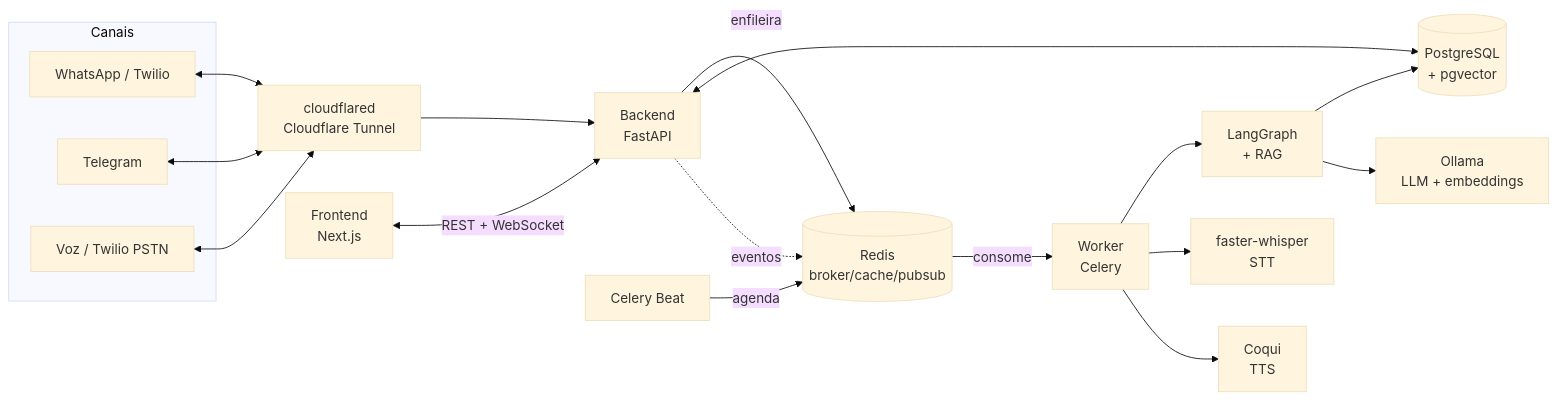
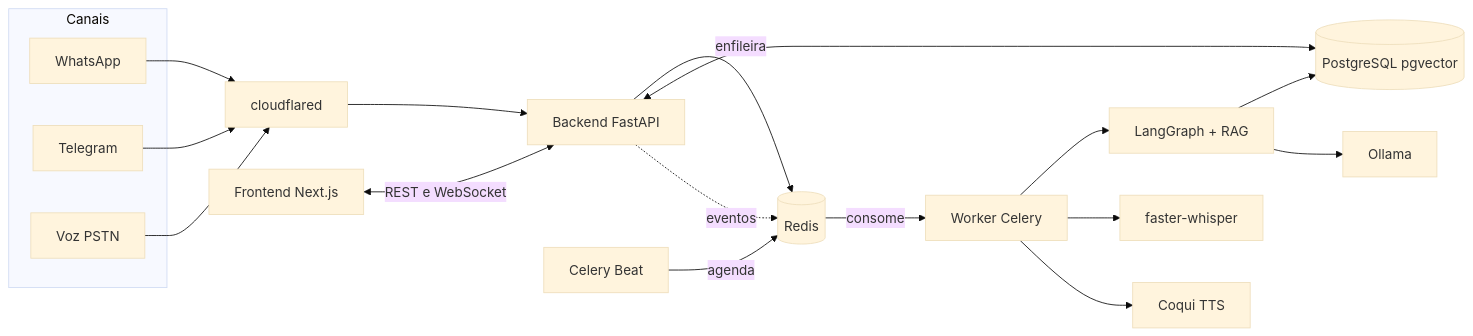
Before and after one commit to ersjunior/autonomous-agent: the first of 5 diagrams in docs/documentacao.md, drawn with Mermaid (base theme). The commit also changed other lines of this file and 11 other files, not shown here.

First line of the commit message:
docs: adiciona diagramas Mermaid e corrige parse do fluxo inbound

````diff
--- a/docs/documentacao.md
+++ b/docs/documentacao.md
@@ -94,32 +94,35 @@
 ```mermaid
 flowchart LR
-    subgraph Canais
-      WA[WhatsApp / Twilio]
+    subgraph canais [Canais]
+      WA[WhatsApp]
       TG[Telegram]
-      VOZ[Voz / Twilio PSTN]
+      VOZ[Voz PSTN]
     end
-    CF[cloudflared\nCloudflare Tunnel]
-    BE[Backend\nFastAPI]
-    RD[(Redis\nbroker/cache/pubsub)]
-    WK[Worker\nCelery]
+    CF[cloudflared]
+    BE[Backend FastAPI]
+    RD[(Redis)]
+    WK[Worker Celery]
     BEAT[Celery Beat]
-    LG[LangGraph\n+ RAG]
-    PG[(PostgreSQL\n+ pgvector)]
-    OLL[Ollama\nLLM + embeddings]
-    WSP[faster-whisper\nSTT]
-    TTS[Coqui\nTTS]
-    FE[Frontend\nNext.js]
+    LG[LangGraph + RAG]
+    PG[(PostgreSQL pgvector)]
+    OLL[Ollama]
+    WSP[faster-whisper]
+    TTS[Coqui TTS]
+    FE[Frontend Next.js]
 
-    WA & TG & VOZ <--> CF --> BE
+    WA --> CF
+    TG --> CF
+    VOZ --> CF
+    CF --> BE
     BE -->|enfileira| RD
     RD -->|consome| WK
     BEAT -->|agenda| RD
     WK --> LG
     LG --> PG
     LG --> OLL
     WK --> WSP
     WK --> TTS
     BE <--> PG
-    FE <-->|REST + WebSocket| BE
+    FE <-->|REST e WebSocket| BE
     BE -.eventos.-> RD
 ```
````
